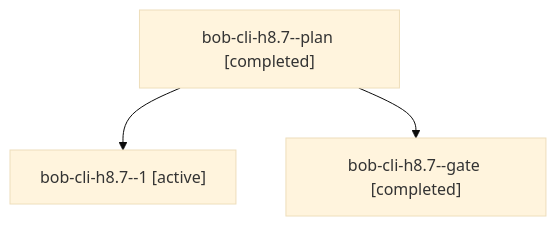
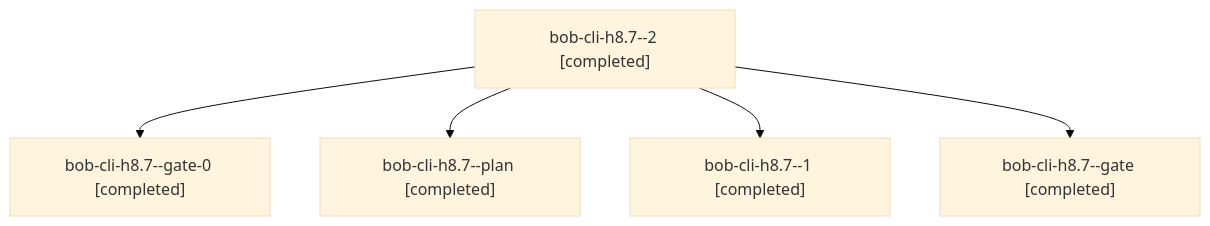
The diagram in sessions/bbugyi200.athena.bob-cli-h8.7.md (bobs-org/bob-cli--agents), drawn with Mermaid (base theme) before and after one commit. The commit also changed other lines of this file and 92 other files, not shown here.

````diff
--- a/sessions/bbugyi200.athena.bob-cli-h8.7.md
+++ b/sessions/bbugyi200.athena.bob-cli-h8.7.md
@@ -9,8 +9,12 @@
 ```mermaid
 flowchart TD
-  n0["bob-cli-h8.7--plan [completed]"]
-  n1["bob-cli-h8.7--1 [active]"]
+  n0["bob-cli-h8.7--2 [completed]"]
+  n1["bob-cli-h8.7--gate-0 [completed]"]
   n0 --> n1
-  n2["bob-cli-h8.7--gate [completed]"]
+  n2["bob-cli-h8.7--plan [completed]"]
   n0 --> n2
+  n3["bob-cli-h8.7--1 [completed]"]
+  n0 --> n3
+  n4["bob-cli-h8.7--gate [completed]"]
+  n0 --> n4
 ```
````
